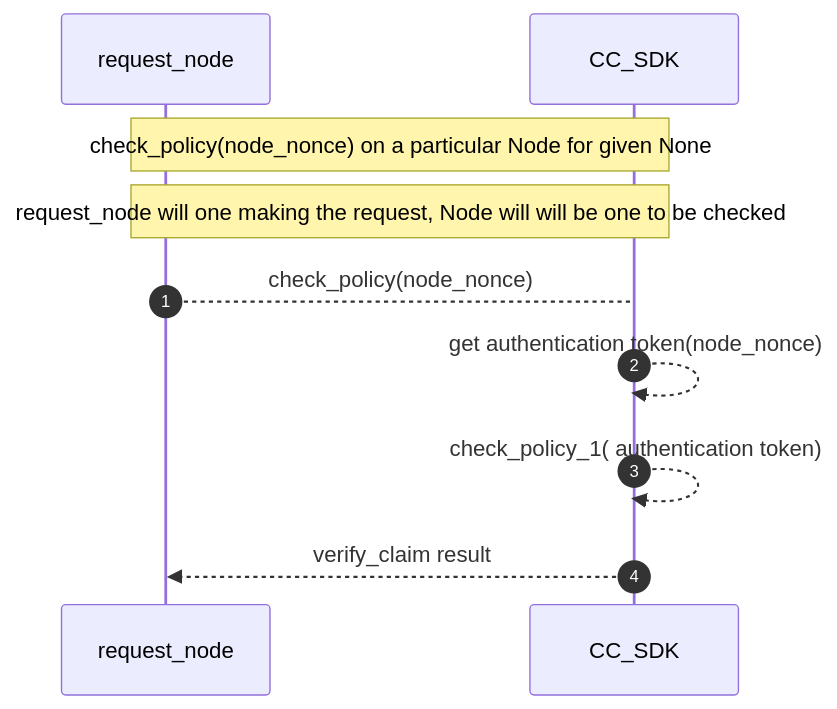
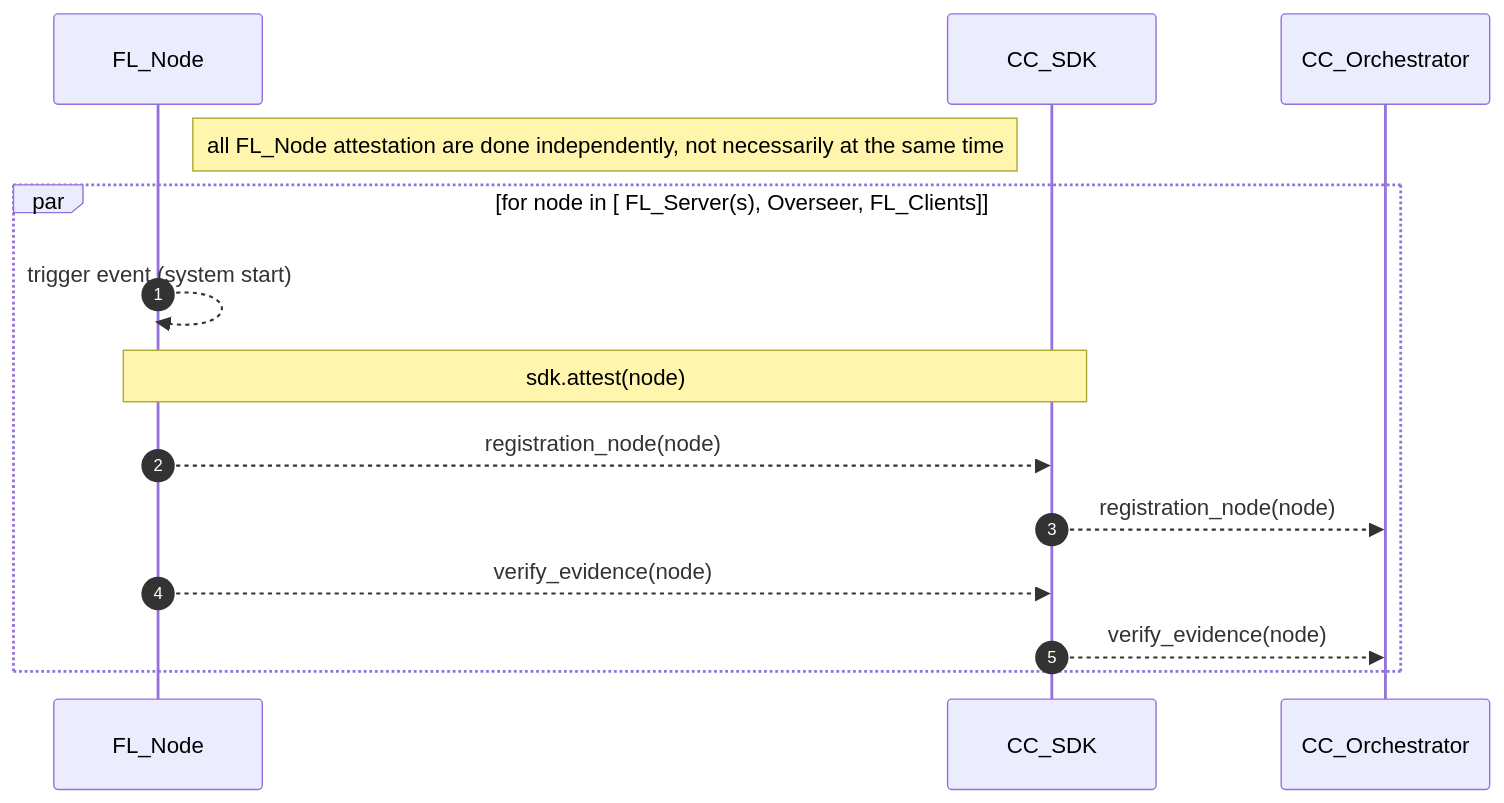
The seventh of 13 diagrams in docs/confidential_computing/detailed_cc_sequence_diagram.md (hitesh-ag1/NVFlare), drawn with Mermaid before and after one commit. The commit also changed other lines of this file, not shown here.

Commit message:
Sequence diagram for CC

````diff
--- a/docs/confidential_computing/detailed_cc_sequence_diagram.md
+++ b/docs/confidential_computing/detailed_cc_sequence_diagram.md
@@ -162,14 +172,17 @@
 ```mermaid
 sequenceDiagram
    autonumber
+    participant FL_Node
+    participant CC_SDK
+    participant CC_Orchestrator
+    note right of FL_Node : all FL_Node attestation are done independently, not necessarily at the same time
+    par for node in [ FL_Server(s), Overseer, FL_Clients]
+        FL_Node -->> FL_Node: trigger event (system start)
+        note over FL_Node, CC_SDK: sdk.attest(node) 
+        FL_Node -->> CC_SDK: registration_node(node)
+        CC_SDK -->> CC_Orchestrator: registration_node(node)
+        FL_Node -->> CC_SDK: verify_evidence(node)
+        CC_SDK -->> CC_Orchestrator: verify_evidence(node)
+    end     
     
-    participant request_node
-    participant CC_SDK
-        
-    Note over request_node, CC_SDK: check_policy(node_nonce) on a particular Node for given None
-    Note over request_node, CC_SDK: request_node will one making the request, Node will will be one to be checked 
-    request_node --> CC_SDK : check_policy(node_nonce)
-    CC_SDK -->> CC_SDK:  get authentication token(node_nonce) 
-    CC_SDK -->> CC_SDK:  check_policy_1( authentication token) 
-    CC_SDK -->> request_node : verify_claim result
 ```
````
